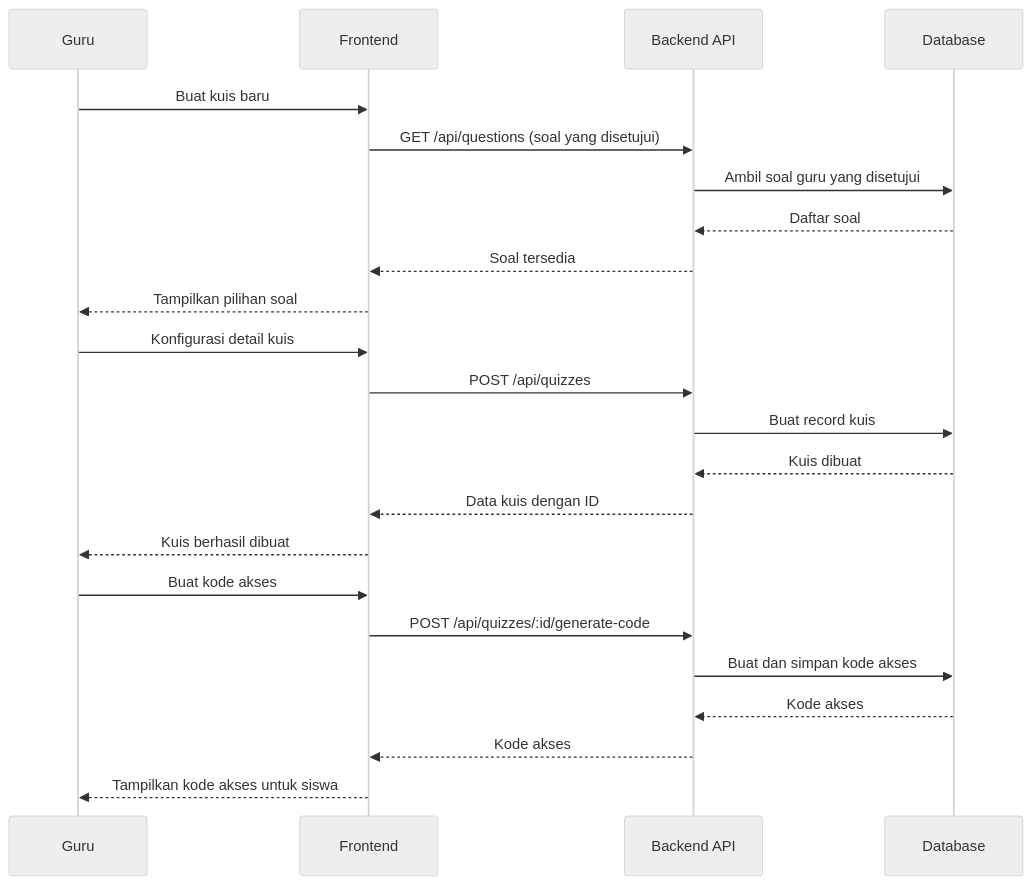
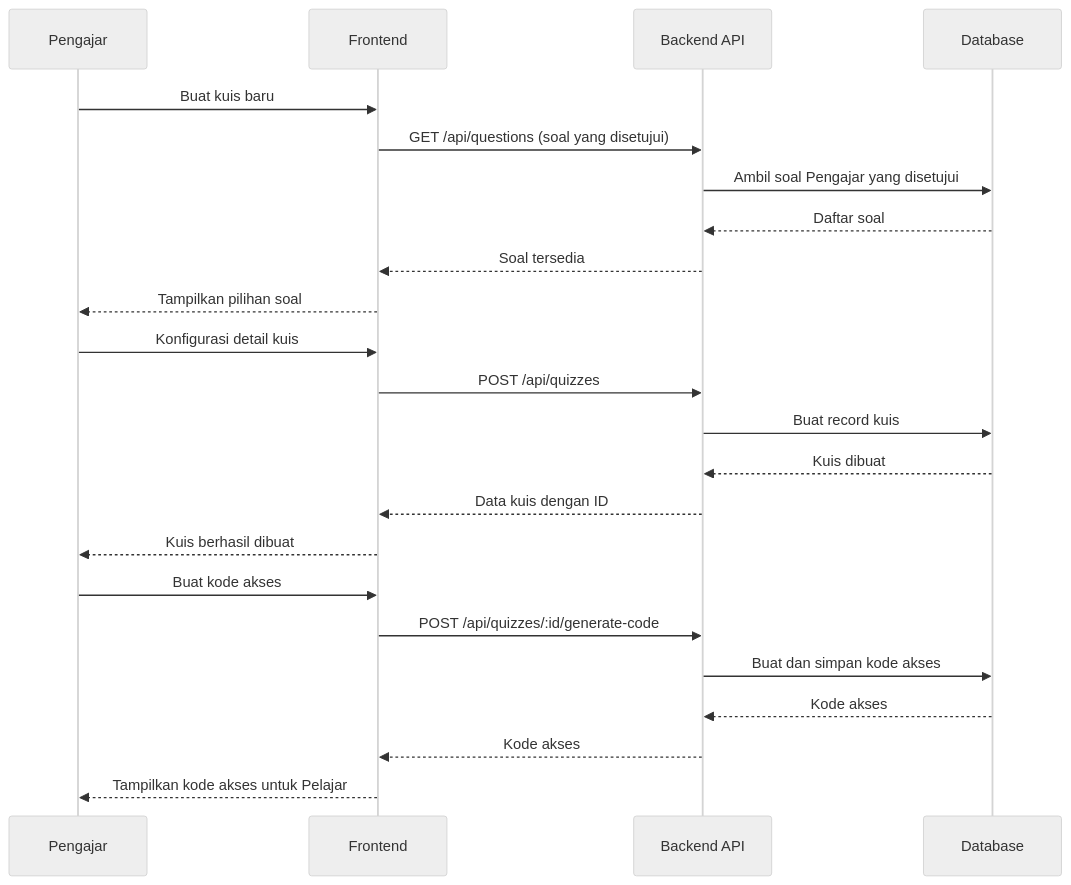
One commit to jonito2005/exam-expert-ai-docs changed the fourth of 6 diagrams in sequence-diagrams.md. Above: the diagram before and after it, drawn with Mermaid (neutral theme). The commit also changed other lines of this file and 4 other files, not shown here.

````diff
--- a/sequence-diagrams.md
+++ b/sequence-diagrams.md
@@ -128,28 +128,28 @@
 ```mermaid
 sequenceDiagram
-    participant T as Guru
+    participant T as Pengajar
     participant F as Frontend
     participant API as Backend API
     participant DB as Database
 
     T->>F: Buat kuis baru
     F->>API: GET /api/questions (soal yang disetujui)
-    API->>DB: Ambil soal guru yang disetujui
+    API->>DB: Ambil soal Pengajar yang disetujui
     DB-->>API: Daftar soal
     API-->>F: Soal tersedia
     F-->>T: Tampilkan pilihan soal
 
     T->>F: Konfigurasi detail kuis
     F->>API: POST /api/quizzes
     API->>DB: Buat record kuis
     DB-->>API: Kuis dibuat
     API-->>F: Data kuis dengan ID
     F-->>T: Kuis berhasil dibuat
 
     T->>F: Buat kode akses
     F->>API: POST /api/quizzes/:id/generate-code
     API->>DB: Buat dan simpan kode akses
     DB-->>API: Kode akses
     API-->>F: Kode akses
-    F-->>T: Tampilkan kode akses untuk siswa
+    F-->>T: Tampilkan kode akses untuk Pelajar
 ```
````
